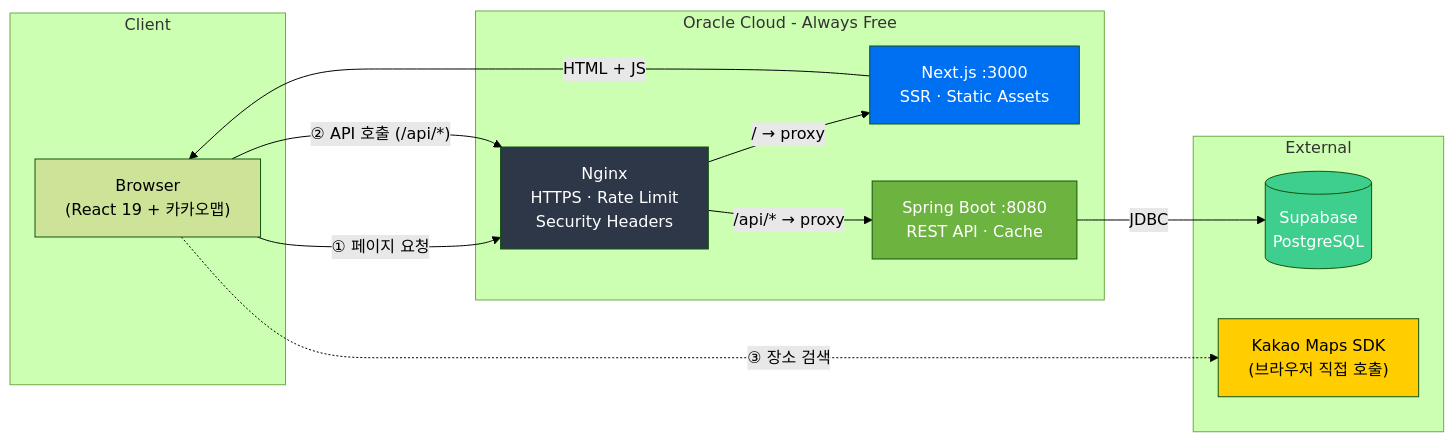
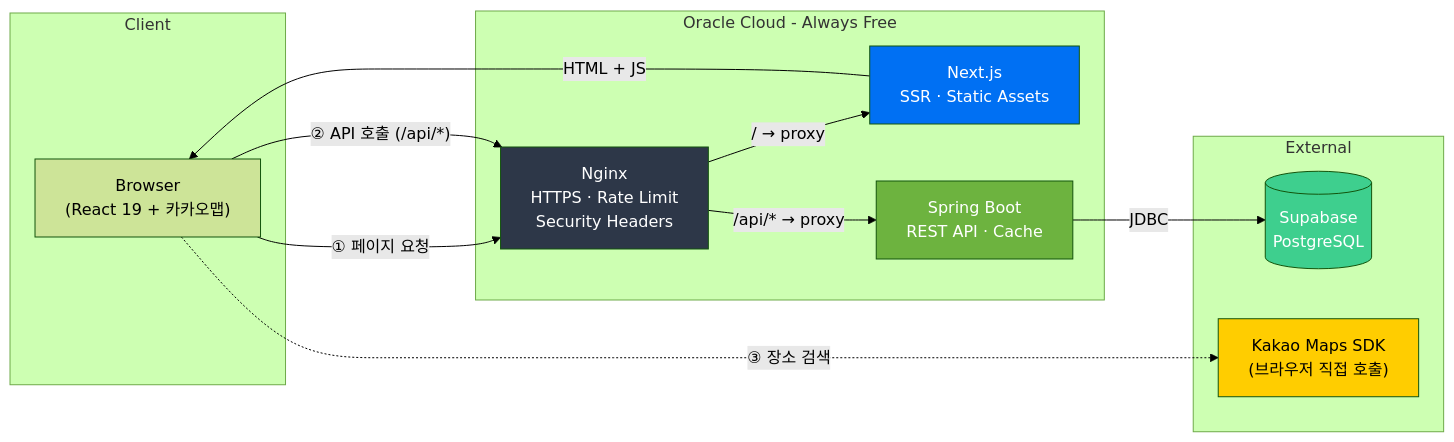
The first of 3 diagrams in README.md (tjddn88/our-spots-api), drawn with Mermaid (forest theme) before and after one commit. The commit also changed other lines of this file, not shown here.

Commit message:
fix: 아키텍처 다이어그램 내부 포트 제거 및 통신 흐름 명확화
- Next.js/Spring Boot 내부 포트 번호 제거
- Next.js는 페이지 렌더링만 담당, API 호출은 브라우저에서 직접 수행 명시

````diff
--- a/README.md
+++ b/README.md
@@ -97,31 +97,31 @@
 ```mermaid
 graph LR
     subgraph Client
         B["Browser<br/>(React 19 + 카카오맵)"]
     end
 
     subgraph Oracle Cloud - Always Free
         N["Nginx<br/>HTTPS · Rate Limit<br/>Security Headers"]
-        W["Next.js :3000<br/>SSR · Static Assets"]
-        A["Spring Boot :8080<br/>REST API · Cache"]
+        W["Next.js<br/>SSR · Static Assets"]
+        A["Spring Boot<br/>REST API · Cache"]
     end
 
     subgraph External
         DB[("Supabase<br/>PostgreSQL")]
         K["Kakao Maps SDK<br/>(브라우저 직접 호출)"]
     end
 
     B -->|"① 페이지 요청"| N
     N -->|"/ → proxy"| W
     W -->|"HTML + JS"| B
     B -->|"② API 호출 (/api/*)"| N
     N -->|"/api/* → proxy"| A
     A -->|JDBC| DB
     B -.->|"③ 장소 검색"| K
 
     style N fill:#2d3748,color:#fff
     style W fill:#0070f3,color:#fff
     style A fill:#6DB33F,color:#fff
     style DB fill:#3ECF8E,color:#fff
     style K fill:#FFCD00,color:#000
 ```
````
